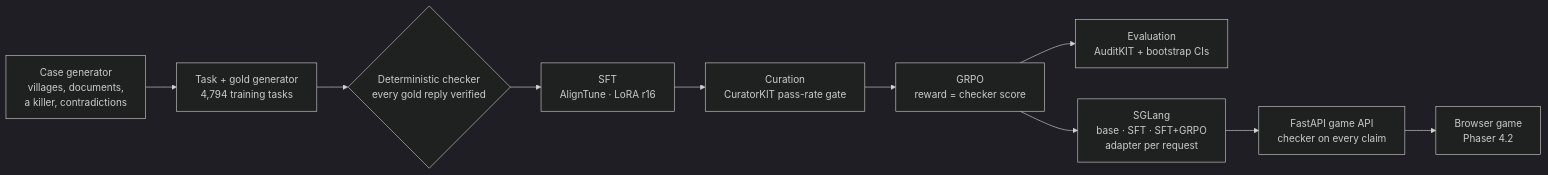
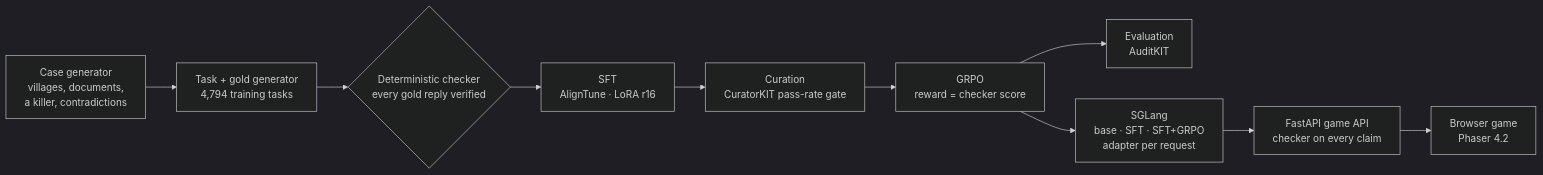
One commit to antrip03/syntax_error26 changed the diagram in README.md. Above: the diagram before and after it, drawn with Mermaid (dark theme). The commit also changed other lines of this file and 8 other files, not shown here.

Commit message:
README: result charts, drop badges, CIs and infrastructure details

````diff
--- a/README.md
+++ b/README.md
@@ -85,12 +72,12 @@
 ```mermaid
 flowchart LR
     G["Case generator<br/>villages, documents,<br/>a killer, contradictions"] --> T["Task + gold generator<br/>4,794 training tasks"]
     T --> C{"Deterministic checker<br/>every gold reply verified"}
     C --> SFT["SFT<br/>AlignTune · LoRA r16"]
     SFT --> CUR["Curation<br/>CuratorKIT pass-rate gate"]
     CUR --> GRPO["GRPO<br/>reward = checker score"]
-    GRPO --> EV["Evaluation<br/>AuditKIT + bootstrap CIs"]
+    GRPO --> EV["Evaluation<br/>AuditKIT"]
     GRPO --> SG["SGLang<br/>base · SFT · SFT+GRPO<br/>adapter per request"]
     SG --> API["FastAPI game API<br/>checker on every claim"]
     API --> WEB["Browser game<br/>Phaser 4.2"]
 ```
````
